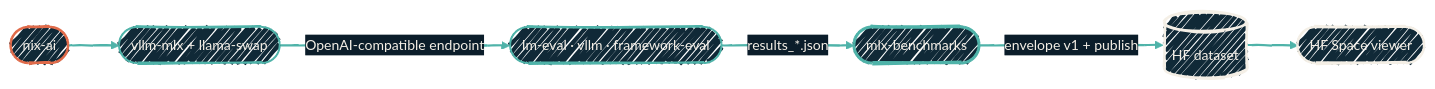
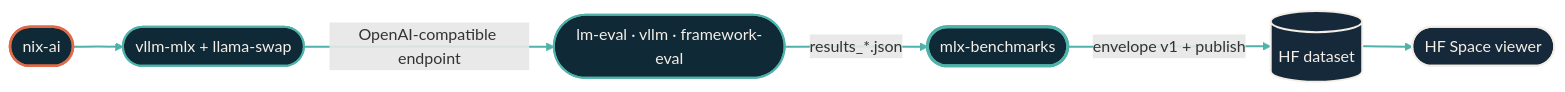
Before and after one commit to dryvist/docs: the diagram in tools/mlx-benchmarks.mdx, drawn with Mermaid. The commit also changed other lines of this file and 116 other files, not shown here.

````diff
--- a/tools/mlx-benchmarks.mdx
+++ b/tools/mlx-benchmarks.mdx
@@ -71,29 +71,35 @@
 ```mermaid
-%%{init:
-  {'theme':'base','look':'handDrawn','themeVariables':{'fontFamily':'Geist','fontSize':'14px','primaryColor':'#102937','primaryTextColor':'#F4EFE6','primaryBorderColor':'#4FB3A9','lineColor':'#4FB3A9','secondaryColor':'#0B1D2A','tertiaryColor':'#1A2A38','clusterBkg':'rgba(79,179,169,0.08)','clusterBorder':'#4FB3A9'}}}%%
-  flowchart LR
+%%{init: {"theme":"base","look":"handDrawn","themeVariables":{"primaryColor":"#123a36","primaryTextColor":"#f4efe6","primaryBorderColor":"#4fb3a9","lineColor":"#4fb3a9","secondaryColor":"#0b1d2a","tertiaryColor":"#16293a","clusterBkg":"#08151f","clusterBorder":"#4fb3a9","fontFamily":"'Geist Sans', system-ui, -apple-system, BlinkMacSystemFont, 'Segoe UI', Roboto, sans-serif","fontSize":"14px"}}}%%
+flowchart LR
+  classDef src fill:#16293a,stroke:#e06b4a,stroke-width:2px,color:#f4efe6;
+  classDef ai fill:#16293a,stroke:#e06b4a,stroke-width:2px,color:#f4efe6;
+  classDef gate fill:#16293a,stroke:#e06b4a,stroke-width:2.5px,color:#f4efe6;
+  classDef hop fill:#16293a,stroke:#4fb3a9,stroke-width:2px,color:#f4efe6;
+  classDef host fill:#16293a,stroke:#4fb3a9,stroke-width:2px,color:#f4efe6;
+  classDef sink fill:#16293a,stroke:#f4efe6,stroke-width:2px,color:#f4efe6;
+  classDef auto fill:#16293a,stroke:#f4efe6,stroke-width:1.5px,color:#f4efe6;
+  classDef external fill:#16293a,stroke:#e6b35a,stroke-width:2px,color:#f4efe6;
   NixAI([nix-ai])
   Serve([vllm-mlx + llama-swap])
   Eval([lm-eval · vllm · framework-eval])
   Bench([mlx-benchmarks])
   Dataset[("HF dataset")]
   Viewer([HF Space viewer])
 
   NixAI --> Serve
   Serve -->|"OpenAI-compatible endpoint"| Eval
   Eval -->|"results_*.json"| Bench
   Bench -->|"envelope v1 + publish"| Dataset
   Dataset --> Viewer
 
   classDef source fill:#102937,stroke:#E06B4A,stroke-width:2.5px,color:#F4EFE6;
   classDef stack  fill:#102937,stroke:#4FB3A9,stroke-width:2px,color:#F4EFE6;
   classDef core   fill:#102937,stroke:#4FB3A9,stroke-width:3px,color:#F4EFE6;
-  classDef sink   fill:#102937,stroke:#F4EFE6,stroke-width:2.5px,color:#F4EFE6;
 
   class NixAI source
   class Serve,Eval stack
   class Bench core
   class Dataset,Viewer sink
 
   linkStyle 0,1,2,3,4 stroke:#4FB3A9,stroke-width:2px;
 ```
````
